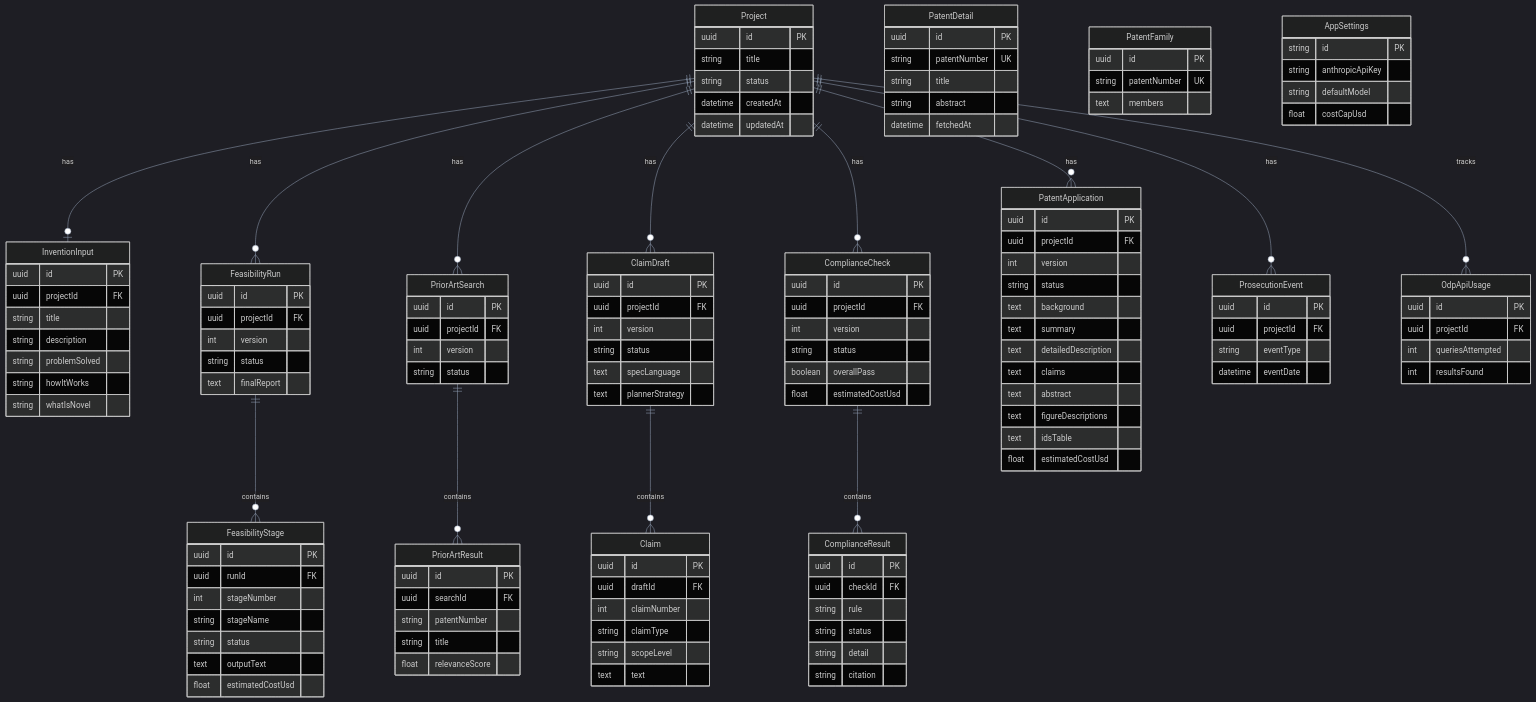
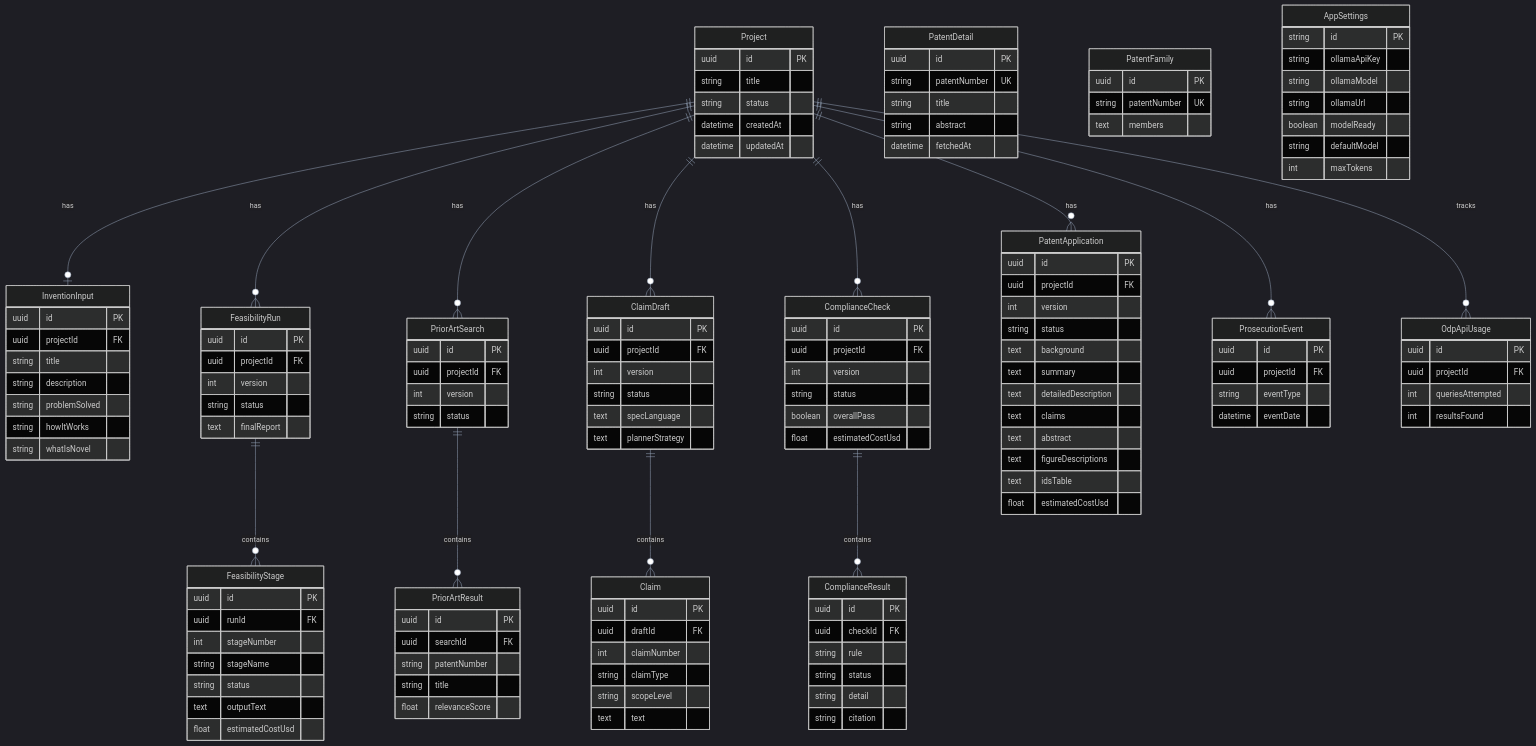
The diagram in diagrams/database-schema.mmd (scottconverse/patentforgelocal), drawn with Mermaid before and after one commit. The commit also changed 91 other files, not shown here.

First line of the commit message:
feat: replace Anthropic Claude API with Ollama local inference

```diff
--- a/diagrams/database-schema.mmd
+++ b/diagrams/database-schema.mmd
@@ -1,152 +1,155 @@
 %%{init: {'theme': 'dark', 'themeVariables': {'primaryColor': '#3b82f6', 'primaryTextColor': '#e2e8f0', 'lineColor': '#94a3b8'}}}%%
 
 erDiagram
     Project ||--o| InventionInput : "has"
     Project ||--o{ FeasibilityRun : "has"
     Project ||--o{ PriorArtSearch : "has"
     Project ||--o{ ClaimDraft : "has"
     Project ||--o{ ComplianceCheck : "has"
     Project ||--o{ PatentApplication : "has"
     Project ||--o{ ProsecutionEvent : "has"
     Project ||--o{ OdpApiUsage : "tracks"
     FeasibilityRun ||--o{ FeasibilityStage : "contains"
     PriorArtSearch ||--o{ PriorArtResult : "contains"
     ClaimDraft ||--o{ Claim : "contains"
     ComplianceCheck ||--o{ ComplianceResult : "contains"
 
     Project {
         uuid id PK
         string title
         string status
         datetime createdAt
         datetime updatedAt
     }
 
     InventionInput {
         uuid id PK
         uuid projectId FK
         string title
         string description
         string problemSolved
         string howItWorks
         string whatIsNovel
     }
 
     FeasibilityRun {
         uuid id PK
         uuid projectId FK
         int version
         string status
         text finalReport
     }
 
     FeasibilityStage {
         uuid id PK
         uuid runId FK
         int stageNumber
         string stageName
         string status
         text outputText
         float estimatedCostUsd
     }
 
     PriorArtSearch {
         uuid id PK
         uuid projectId FK
         int version
         string status
     }
 
     PriorArtResult {
         uuid id PK
         uuid searchId FK
         string patentNumber
         string title
         float relevanceScore
     }
 
     ClaimDraft {
         uuid id PK
         uuid projectId FK
         int version
         string status
         text specLanguage
         text plannerStrategy
     }
 
     Claim {
         uuid id PK
         uuid draftId FK
         int claimNumber
         string claimType
         string scopeLevel
         text text
     }
 
     ComplianceCheck {
         uuid id PK
         uuid projectId FK
         int version
         string status
         boolean overallPass
         float estimatedCostUsd
     }
 
     ComplianceResult {
         uuid id PK
         uuid checkId FK
         string rule
         string status
         string detail
         string citation
     }
 
     PatentApplication {
         uuid id PK
         uuid projectId FK
         int version
         string status
         text background
         text summary
         text detailedDescription
         text claims
         text abstract
         text figureDescriptions
         text idsTable
         float estimatedCostUsd
     }
 
     PatentDetail {
         uuid id PK
         string patentNumber UK
         string title
         string abstract
         datetime fetchedAt
     }
 
     PatentFamily {
         uuid id PK
         string patentNumber UK
         text members
     }
 
     AppSettings {
         string id PK
-        string anthropicApiKey
+        string ollamaApiKey
+        string ollamaModel
+        string ollamaUrl
+        boolean modelReady
         string defaultModel
-        float costCapUsd
+        int maxTokens
     }
 
     OdpApiUsage {
         uuid id PK
         uuid projectId FK
         int queriesAttempted
         int resultsFound
     }
 
     ProsecutionEvent {
         uuid id PK
         uuid projectId FK
         string eventType
         datetime eventDate
     }
```
